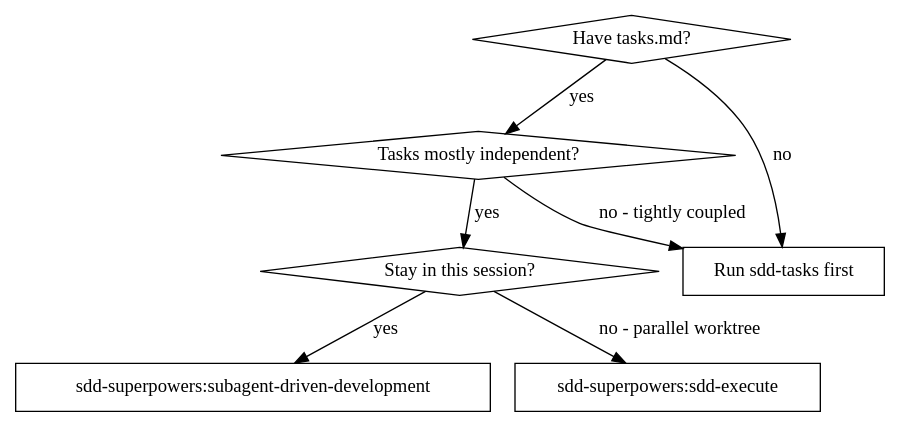
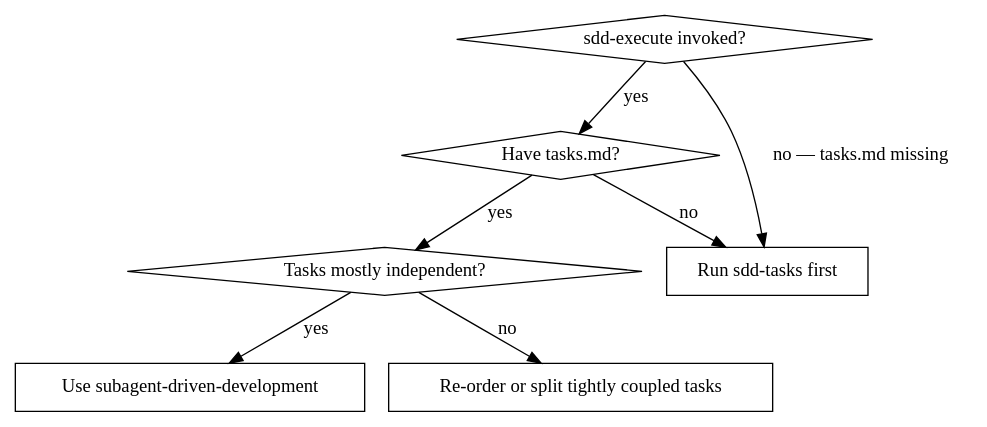
The first of 2 diagrams in skills/subagent-driven-development/SKILL.md (hllj/sdd-superpowers), drawn with Graphviz before and after one commit. The commit also changed other lines of this file and 8 other files, not shown here.

````diff
--- a/skills/subagent-driven-development/SKILL.md
+++ b/skills/subagent-driven-development/SKILL.md
@@ -16,17 +16,17 @@
 ```dot
 digraph when_to_use {
+    "sdd-execute invoked?" [shape=diamond];
     "Have tasks.md?" [shape=diamond];
     "Tasks mostly independent?" [shape=diamond];
-    "Stay in this session?" [shape=diamond];
-    "sdd-superpowers:subagent-driven-development" [shape=box];
-    "sdd-superpowers:sdd-execute" [shape=box];
+    "Use subagent-driven-development" [shape=box];
     "Run sdd-tasks first" [shape=box];
+    "Re-order or split tightly coupled tasks" [shape=box];
 
+    "sdd-execute invoked?" -> "Have tasks.md?" [label="yes"];
+    "sdd-execute invoked?" -> "Run sdd-tasks first" [label="no — tasks.md missing"];
     "Have tasks.md?" -> "Tasks mostly independent?" [label="yes"];
     "Have tasks.md?" -> "Run sdd-tasks first" [label="no"];
-    "Tasks mostly independent?" -> "Stay in this session?" [label="yes"];
-    "Tasks mostly independent?" -> "Run sdd-tasks first" [label="no - tightly coupled"];
-    "Stay in this session?" -> "sdd-superpowers:subagent-driven-development" [label="yes"];
-    "Stay in this session?" -> "sdd-superpowers:sdd-execute" [label="no - parallel worktree"];
+    "Tasks mostly independent?" -> "Use subagent-driven-development" [label="yes"];
+    "Tasks mostly independent?" -> "Re-order or split tightly coupled tasks" [label="no"];
 }
 ```
````
